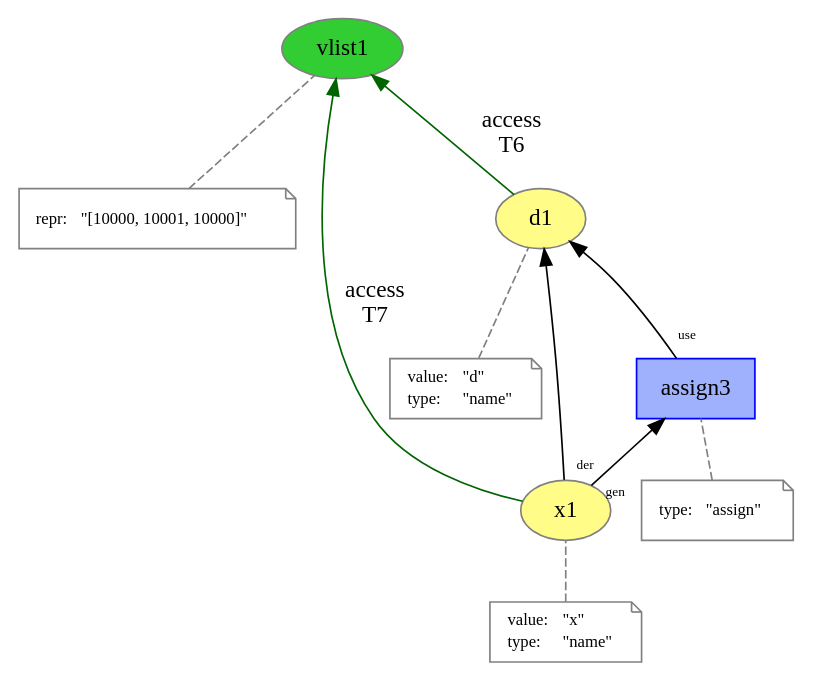
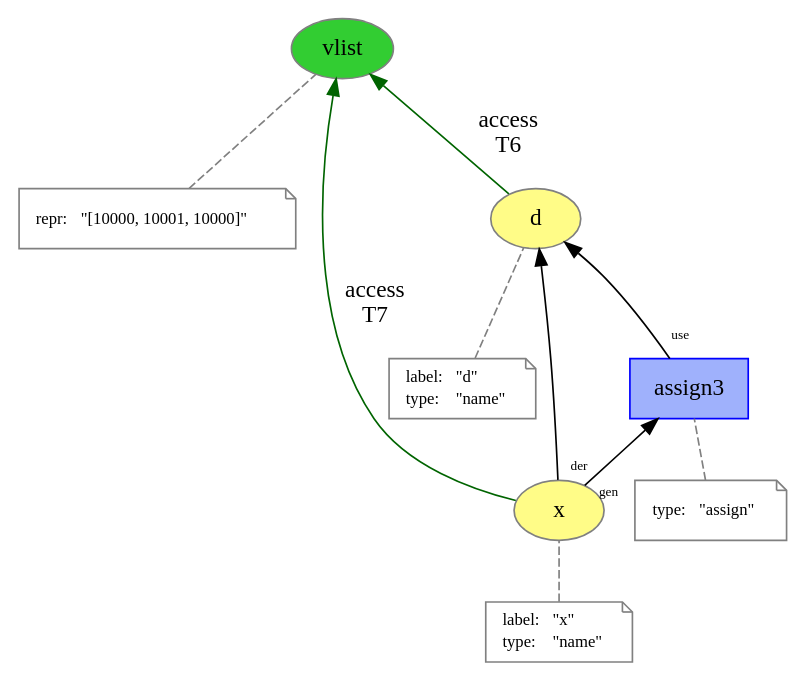
One commit to dew-uff/versioned-prov changed the diagram in mutable_prov/list_assign2.dot. Above: the diagram before and after it, drawn with Graphviz. The commit also changed 46 other files, not shown here.

```diff
--- a/mutable_prov/list_assign2.dot
+++ b/mutable_prov/list_assign2.dot
@@ -1,49 +1,49 @@
 digraph "PROV" { size="16,12"; rankdir="BT";
-"http://example.org/vlist1" [fillcolor="#32CD32",color="#808080",style="filled",label="vlist1",URL="http://example.org/vlist1"]
+"http://example.org/vlist" [fillcolor="#32CD32",color="#808080",style="filled",label="vlist",URL="http://example.org/vlist"]
 "-attrs0" [color="gray",shape="note",fontsize="10",fontcolor="black",label=<<TABLE cellpadding="0" border="0">
 	<TR>
 	    <TD align="left">repr:</TD>
 	    <TD align="left">&quot;[10000, 10001, 10000]&quot;</TD>
 	</TR>
 </TABLE>>]
-"-attrs0" -> "http://example.org/vlist1" [color="gray",style="dashed",arrowhead="none"]
-"http://example.org/d1" [fillcolor="#FFFC87",color="#808080",style="filled",label="d1",URL="http://example.org/d1"]
+"-attrs0" -> "http://example.org/vlist" [color="gray",style="dashed",arrowhead="none"]
+"http://example.org/d" [fillcolor="#FFFC87",color="#808080",style="filled",label="d",URL="http://example.org/d"]
 "-attrs1" [color="gray",shape="note",fontsize="10",fontcolor="black",label=<<TABLE cellpadding="0" border="0">
 	<TR>
-	    <TD align="left">value:</TD>
+	    <TD align="left">label:</TD>
 	    <TD align="left">&quot;d&quot;</TD>
 	</TR>
 	<TR>
 	    <TD align="left">type:</TD>
 	    <TD align="left">&quot;name&quot;</TD>
 	</TR>
 </TABLE>>]
-"-attrs1" -> "http://example.org/d1" [color="gray",style="dashed",arrowhead="none"]
-"http://example.org/d1" -> "http://example.org/vlist1" [labelfontsize="8",labeldistance="1.5",color="darkgreen",labelangle="60.0",rotation="20",label="access
+"-attrs1" -> "http://example.org/d" [color="gray",style="dashed",arrowhead="none"]
+"http://example.org/d" -> "http://example.org/vlist" [labelfontsize="8",labeldistance="1.5",color="darkgreen",labelangle="60.0",rotation="20",label="access
 T6"]
-"http://example.org/x1" [fillcolor="#FFFC87",color="#808080",style="filled",label="x1",URL="http://example.org/x1"]
+"http://example.org/x" [fillcolor="#FFFC87",color="#808080",style="filled",label="x",URL="http://example.org/x"]
 "-attrs2" [color="gray",shape="note",fontsize="10",fontcolor="black",label=<<TABLE cellpadding="0" border="0">
 	<TR>
-	    <TD align="left">value:</TD>
+	    <TD align="left">label:</TD>
 	    <TD align="left">&quot;x&quot;</TD>
 	</TR>
 	<TR>
 	    <TD align="left">type:</TD>
 	    <TD align="left">&quot;name&quot;</TD>
 	</TR>
 </TABLE>>]
-"-attrs2" -> "http://example.org/x1" [color="gray",style="dashed",arrowhead="none"]
-"http://example.org/x1" -> "http://example.org/vlist1" [labelfontsize="8",labeldistance="1.5",color="darkgreen",labelangle="60.0",rotation="20",label="access
+"-attrs2" -> "http://example.org/x" [color="gray",style="dashed",arrowhead="none"]
+"http://example.org/x" -> "http://example.org/vlist" [labelfontsize="8",labeldistance="1.5",color="darkgreen",labelangle="60.0",rotation="20",label="access
 T7"]
 "http://example.org/assign3" [fillcolor="#9FB1FC",color="#0000FF",shape="polygon",sides="4",style="filled",label="assign3",URL="http://example.org/assign3"]
 "-attrs3" [color="gray",shape="note",fontsize="10",fontcolor="black",label=<<TABLE cellpadding="0" border="0">
 	<TR>
 	    <TD align="left">type:</TD>
 	    <TD align="left">&quot;assign&quot;</TD>
 	</TR>
 </TABLE>>]
 "-attrs3" -> "http://example.org/assign3" [color="gray",style="dashed",arrowhead="none"]
-"http://example.org/assign3" -> "http://example.org/d1" [labelfontsize="8",labeldistance="1.5",labelangle="60.0",rotation="20",taillabel="use"]
-"http://example.org/x1" -> "http://example.org/assign3" [labelfontsize="8",labeldistance="1.5",labelangle="60.0",rotation="20",taillabel="gen"]
-"http://example.org/x1" -> "http://example.org/d1" [labelfontsize="8",labeldistance="1.5",labelangle="60.0",rotation="20",taillabel="der"]
+"http://example.org/assign3" -> "http://example.org/d" [labelfontsize="8",labeldistance="1.5",labelangle="60.0",rotation="20",taillabel="use"]
+"http://example.org/x" -> "http://example.org/assign3" [labelfontsize="8",labeldistance="1.5",labelangle="60.0",rotation="20",taillabel="gen"]
+"http://example.org/x" -> "http://example.org/d" [labelfontsize="8",labeldistance="1.5",labelangle="60.0",rotation="20",taillabel="der"]
 }
```
